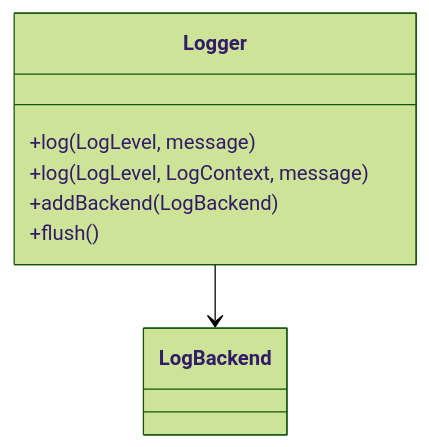
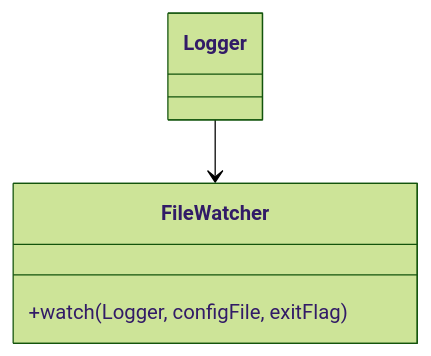
Before and after one commit to MikeDanton/MyLogger: the second of 2 diagrams in readme.md, drawn with Mermaid (forest theme). The commit also changed other lines of this file and 48 other files, not shown here.

````diff
--- a/readme.md
+++ b/readme.md
@@ -166,11 +117,7 @@
 ```mermaid
 classDiagram
-    class Logger {
-        +log(LogLevel, message)
-        +log(LogLevel, LogContext, message)
-        +addBackend(LogBackend)
-        +flush()
+    class FileWatcher {
+        +watch(Logger, configFile, exitFlag)
     }
-    class LogBackend
-    Logger --> LogBackend
+    Logger --> FileWatcher
 ```
````
